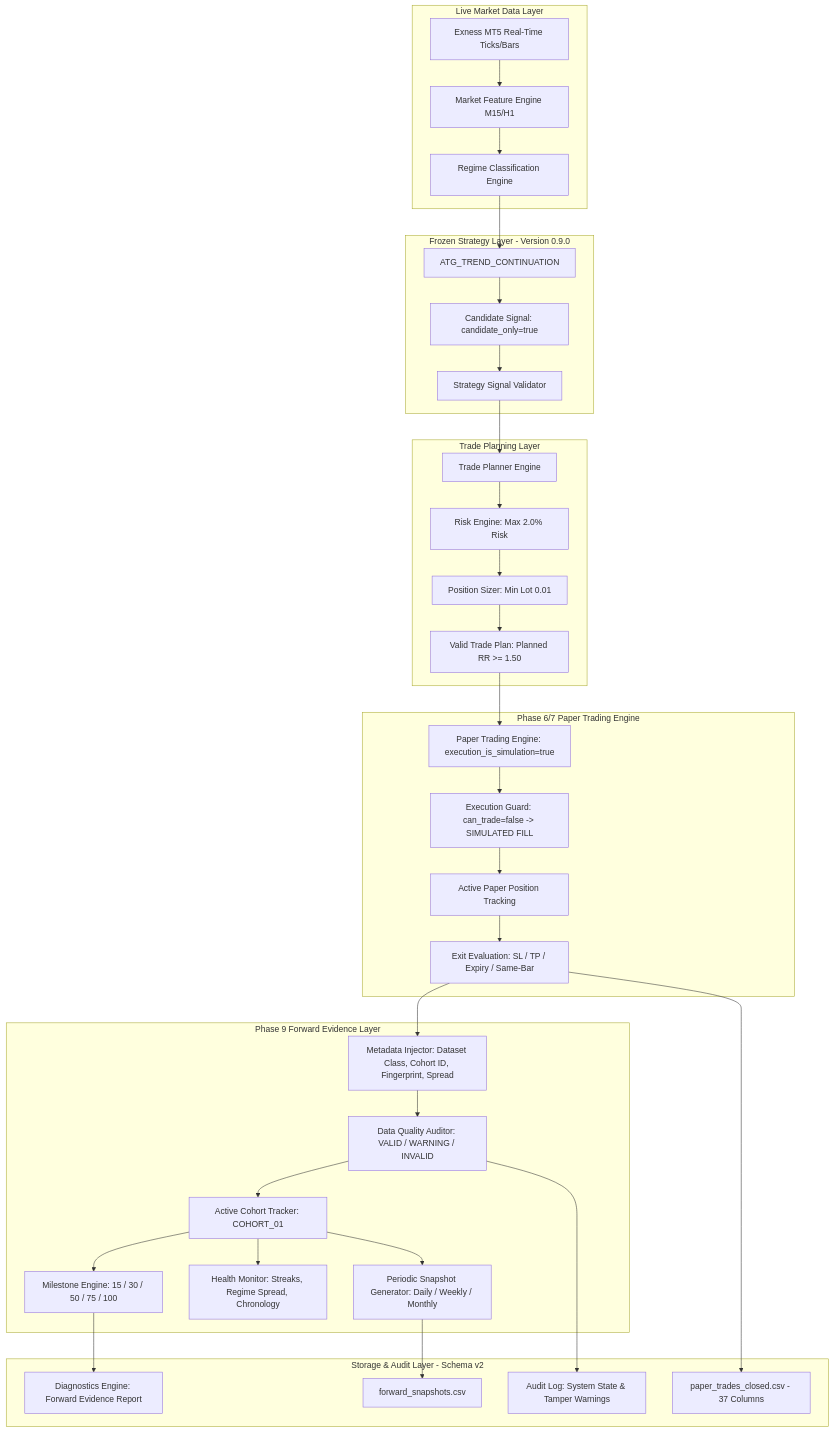
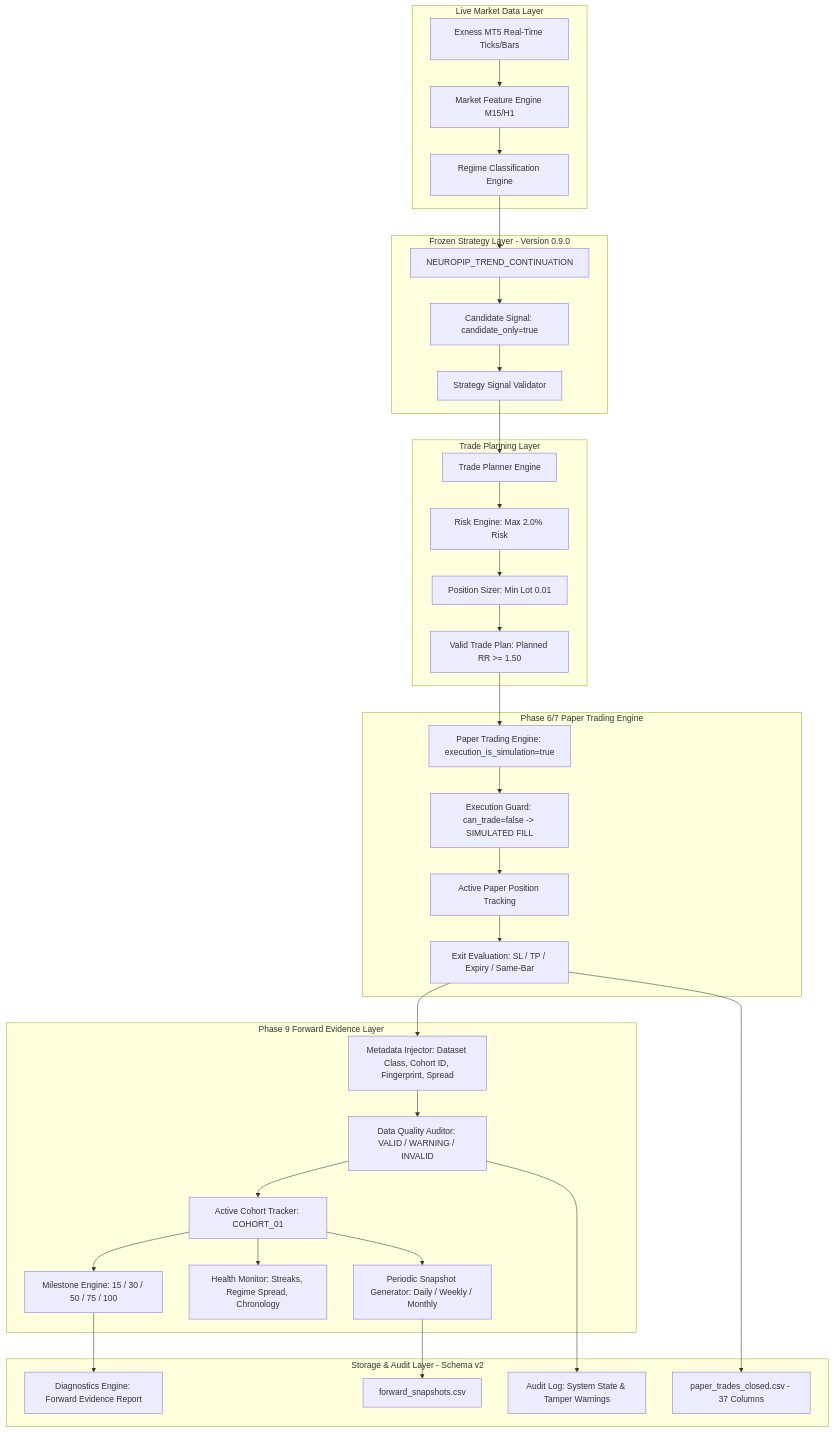
The first of 3 diagrams in docs/architecture/PHASE_9_FORWARD_PAPER_VALIDATION.md (GamerGuru42/NeuroPip), drawn with Mermaid before and after one commit. The commit also changed other lines of this file and 80 other files, not shown here.

````diff
--- a/docs/architecture/PHASE_9_FORWARD_PAPER_VALIDATION.md
+++ b/docs/architecture/PHASE_9_FORWARD_PAPER_VALIDATION.md
@@ -37,43 +37,43 @@
 ```mermaid
 flowchart TD
     subgraph MarketDataLayer [Live Market Data Layer]
         MD[Exness MT5 Real-Time Ticks/Bars] --> FEAT[Market Feature Engine M15/H1]
         FEAT --> REG[Regime Classification Engine]
     end
 
     subgraph StrategyDecisionLayer [Frozen Strategy Layer - Version 0.9.0]
-        REG --> STRAT[ATG_TREND_CONTINUATION]
+        REG --> STRAT[NEUROPIP_TREND_CONTINUATION]
         STRAT --> SIG[Candidate Signal: candidate_only=true]
         SIG --> VAL[Strategy Signal Validator]
     end
 
     subgraph TradePlanningLayer [Trade Planning Layer]
         VAL --> PLAN[Trade Planner Engine]
         PLAN --> RISK[Risk Engine: Max 2.0% Risk]
         RISK --> SIZER[Position Sizer: Min Lot 0.01]
         SIZER --> REQ[Valid Trade Plan: Planned RR >= 1.50]
     end
 
     subgraph SimulationLayer [Phase 6/7 Paper Trading Engine]
         REQ --> SIM[Paper Trading Engine: execution_is_simulation=true]
         SIM --> GUARD[Execution Guard: can_trade=false -> SIMULATED FILL]
         GUARD --> POS[Active Paper Position Tracking]
         POS --> EXIT[Exit Evaluation: SL / TP / Expiry / Same-Bar]
     end
 
     subgraph Phase9Layer [Phase 9 Forward Evidence Layer]
         EXIT --> META[Metadata Injector: Dataset Class, Cohort ID, Fingerprint, Spread]
         META --> AUDIT[Data Quality Auditor: VALID / WARNING / INVALID]
         AUDIT --> COHORT[Active Cohort Tracker: COHORT_01]
         COHORT --> MILE[Milestone Engine: 15 / 30 / 50 / 75 / 100]
         COHORT --> HEALTH[Health Monitor: Streaks, Regime Spread, Chronology]
         COHORT --> SNAP[Periodic Snapshot Generator: Daily / Weekly / Monthly]
     end
 
     subgraph PersistenceLayer [Storage & Audit Layer - Schema v2]
         EXIT --> CSV1[paper_trades_closed.csv - 37 Columns]
         SNAP --> CSV2[forward_snapshots.csv]
         AUDIT --> AUDLOG[Audit Log: System State & Tamper Warnings]
         MILE --> DIAG[Diagnostics Engine: Forward Evidence Report]
     end
 ```
````
